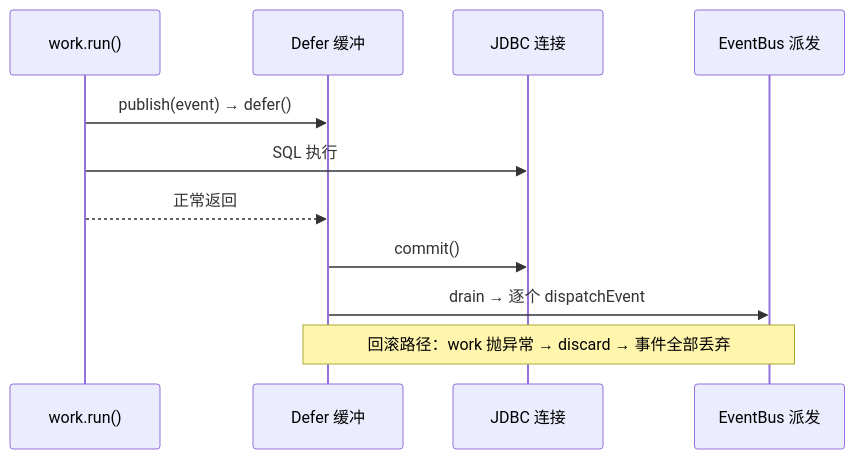
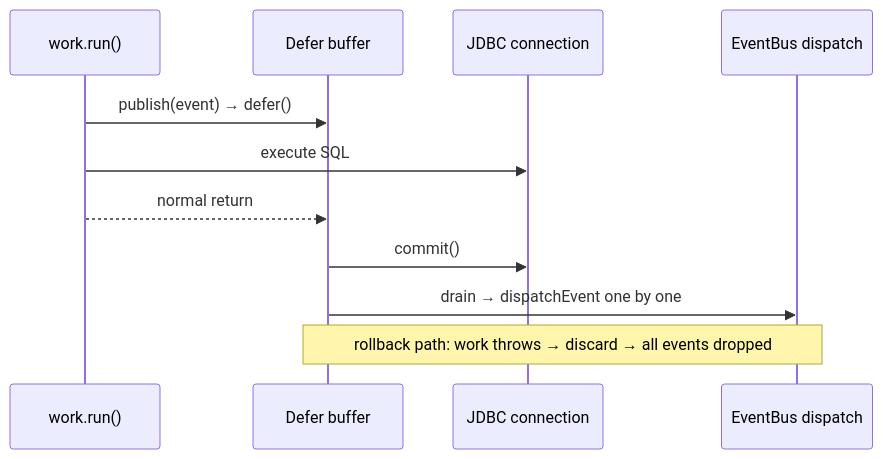
One commit to dzb/freeway changed the diagram in docs/design/defer.md. Above: the diagram before and after it, drawn with Mermaid. The commit also changed other lines of this file and 23 other files, not shown here.

````diff
--- a/docs/design/defer.md
+++ b/docs/design/defer.md
@@ -185,13 +185,13 @@
 ```mermaid
 sequenceDiagram
     participant W as work.run()
-    participant D as Defer 缓冲
-    participant DB as JDBC 连接
-    participant B as EventBus 派发
+    participant D as Defer buffer
+    participant DB as JDBC connection
+    participant B as EventBus dispatch
     W->>D: publish(event) → defer()
-    W->>DB: SQL 执行
-    W-->>D: 正常返回
+    W->>DB: execute SQL
+    W-->>D: normal return
     D->>DB: commit()
-    D->>B: drain → 逐个 dispatchEvent
-    Note over D,B: 回滚路径：work 抛异常 → discard → 事件全部丢弃
+    D->>B: drain → dispatchEvent one by one
+    Note over D,B: rollback path: work throws → discard → all events dropped
 ```
````
